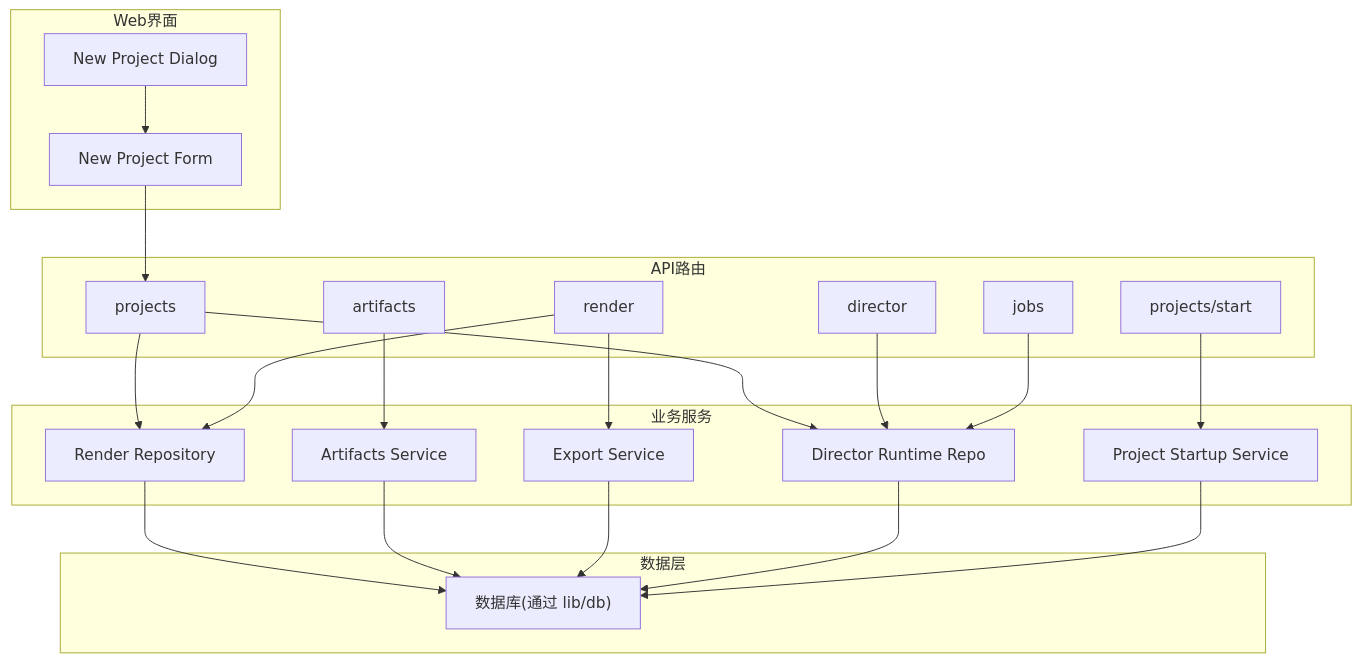
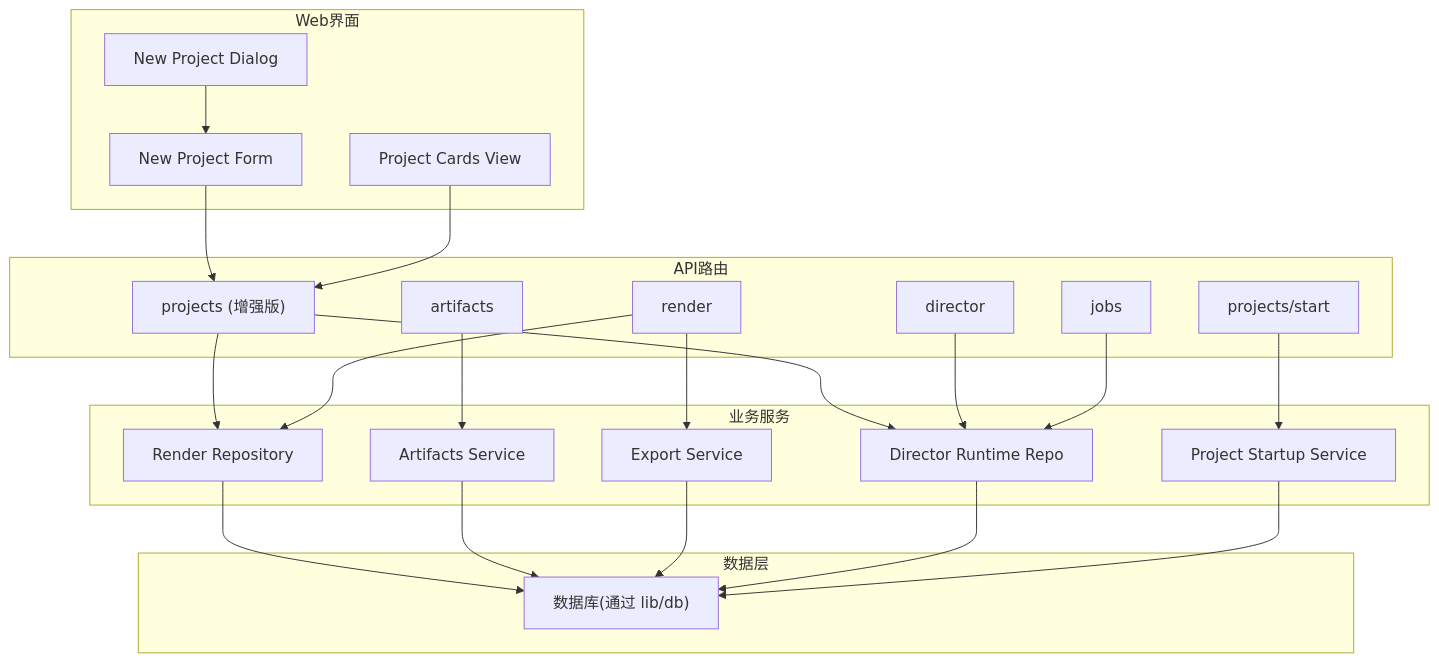
Before and after one commit to scottcwy/PurpleInk: the first of 10 diagrams in .qoder/repowiki/zh/content/API参考/项目管理API.md, drawn with Mermaid. The commit also changed other lines of this file and 23 other files, not shown here.

````diff
--- a/.qoder/repowiki/zh/content/API参考/项目管理API.md
+++ b/.qoder/repowiki/zh/content/API参考/项目管理API.md
@@ -63,40 +62,42 @@
 ```mermaid
 graph TB
 subgraph "API路由"
-P["projects"]
+P["projects (增强版)"]
 PS["projects/start"]
 A["artifacts"]
 R["render"]
 D["director"]
 J["jobs"]
 end
 subgraph "Web界面"
 NPD["New Project Dialog"]
 NPF["New Project Form"]
+PC["Project Cards View"]
 end
 subgraph "业务服务"
 ASvc["Artifacts Service"]
 RSvc["Render Repository"]
 ESvc["Export Service"]
 DR["Director Runtime Repo"]
 PSvc["Project Startup Service"]
 end
 subgraph "数据层"
 DB["数据库(通过 lib/db)"]
 end
 P --> RSvc
 P --> DR
 PS --> PSvc
 A --> ASvc
 R --> RSvc
 R --> ESvc
 D --> DR
 J --> DR
 RSvc --> DB
 ASvc --> DB
 ESvc --> DB
 DR --> DB
 PSvc --> DB
 NPD --> NPF
 NPF --> P
+PC --> P
 ```
````
